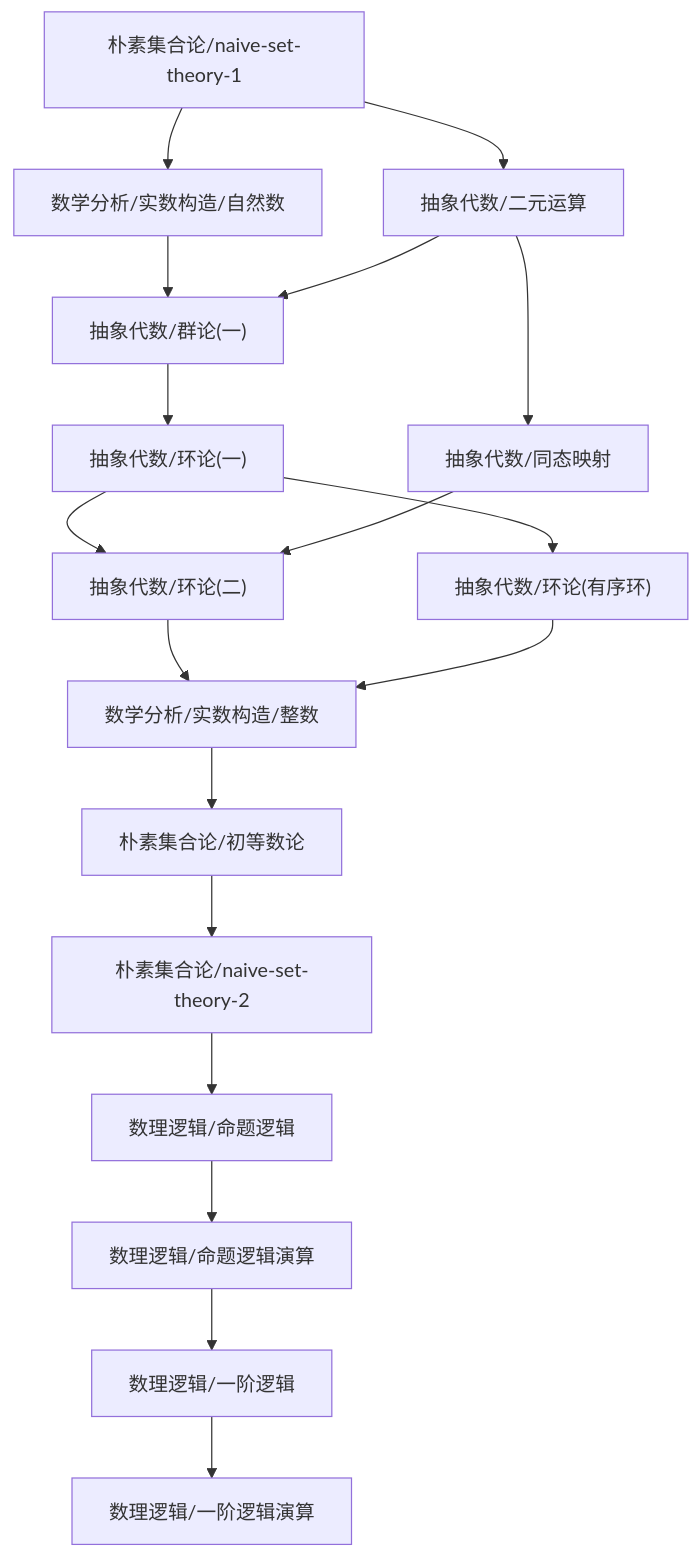
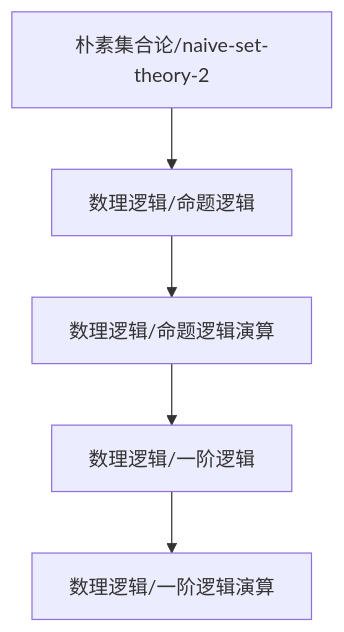
The diagram in content/数理逻辑/dependency_graph.md (zeroDtree/zeroDtree.github.io), drawn with Mermaid before and after one commit. The commit also changed 13 other files, not shown here.

````diff
--- a/content/数理逻辑/dependency_graph.md
+++ b/content/数理逻辑/dependency_graph.md
@@ -1,20 +1,7 @@
 ```mermaid
 graph TD
 1["数理逻辑/一阶逻辑"] --> 0["数理逻辑/一阶逻辑演算"]
 2["数理逻辑/命题逻辑演算"] --> 1["数理逻辑/一阶逻辑"]
 3["数理逻辑/命题逻辑"] --> 2["数理逻辑/命题逻辑演算"]
 5["朴素集合论/naive-set-theory-2"] --> 3["数理逻辑/命题逻辑"]
-6["朴素集合论/初等数论"] --> 5["朴素集合论/naive-set-theory-2"]
-7["数学分析/实数构造/整数"] --> 6["朴素集合论/初等数论"]
-8["抽象代数/环论(二)"] --> 7["数学分析/实数构造/整数"]
-9["抽象代数/环论(有序环)"] --> 7["数学分析/实数构造/整数"]
-10["抽象代数/环论(一)"] --> 8["抽象代数/环论(二)"]
-11["抽象代数/同态映射"] --> 8["抽象代数/环论(二)"]
-10["抽象代数/环论(一)"] --> 9["抽象代数/环论(有序环)"]
-12["抽象代数/群论(一)"] --> 10["抽象代数/环论(一)"]
-13["数学分析/实数构造/自然数"] --> 12["抽象代数/群论(一)"]
-14["抽象代数/二元运算"] --> 12["抽象代数/群论(一)"]
-15["朴素集合论/naive-set-theory-1"] --> 13["数学分析/实数构造/自然数"]
-15["朴素集合论/naive-set-theory-1"] --> 14["抽象代数/二元运算"]
-14["抽象代数/二元运算"] --> 11["抽象代数/同态映射"]
 ```
````
